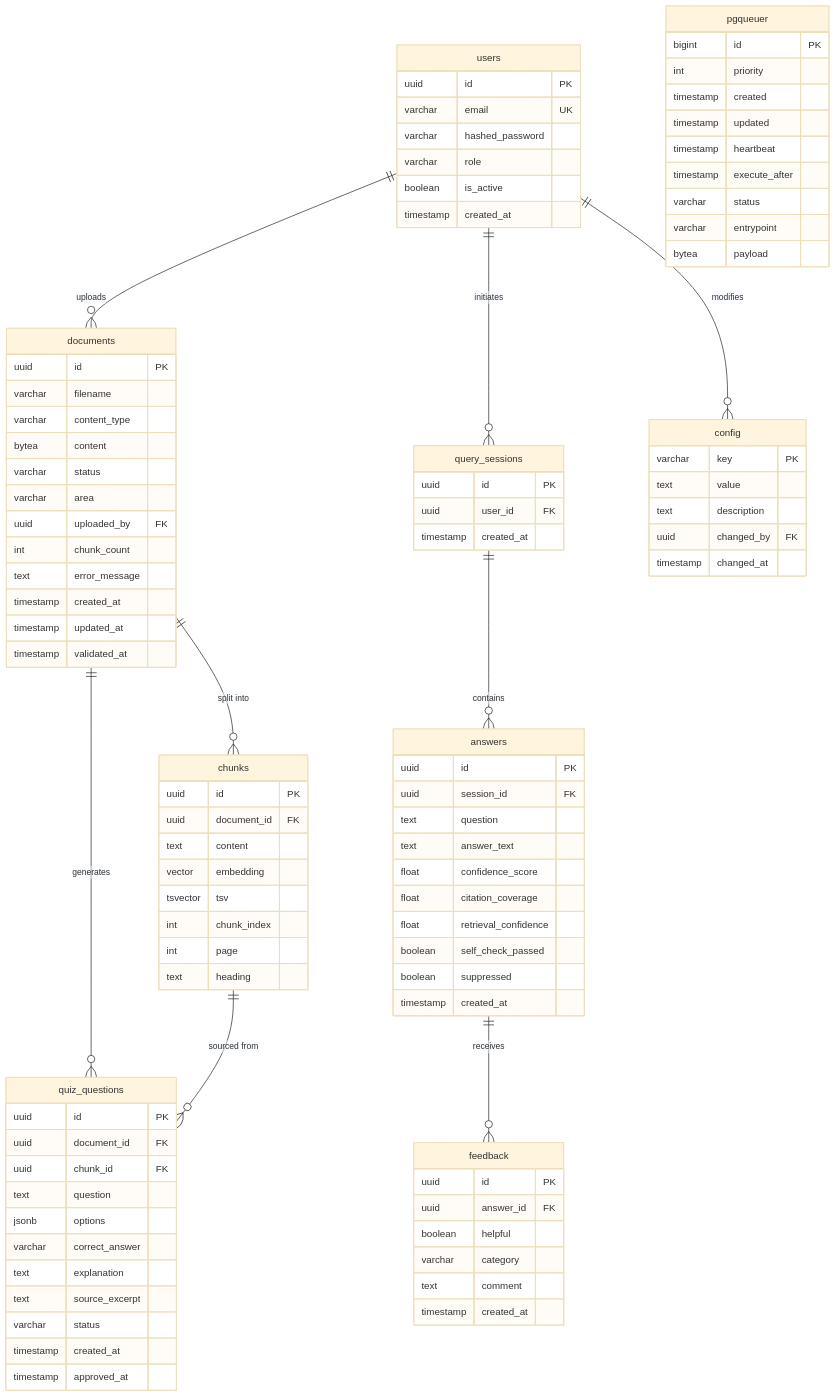
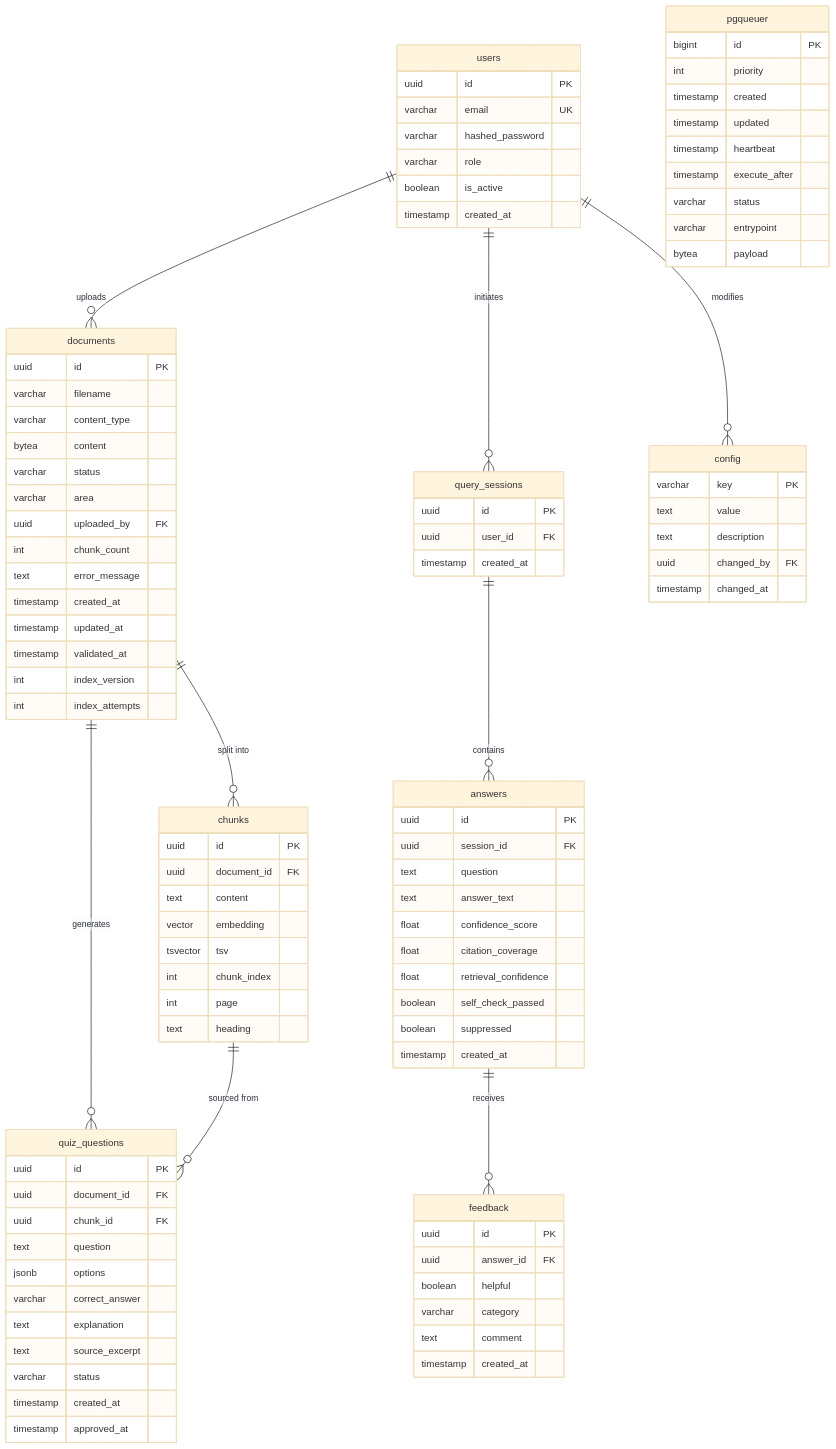
Before and after one commit to tsorer/LearnFlow: the diagram in Docs/08_ERD.md, drawn with Mermaid (base theme). The commit also changed other lines of this file and 9 other files, not shown here.

```diff
--- a/Docs/08_ERD.md
+++ b/Docs/08_ERD.md
@@ -60,6 +60,8 @@
         timestamp   created_at
         timestamp   updated_at
         timestamp   validated_at
+        int         index_version
+        int         index_attempts
     }
 
     chunks {
```
